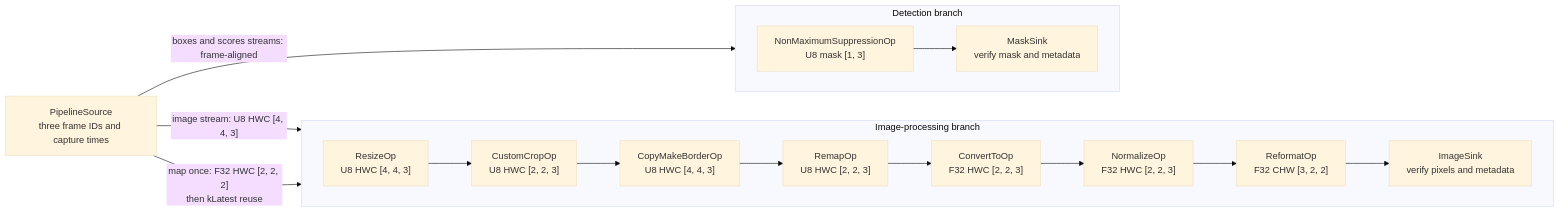
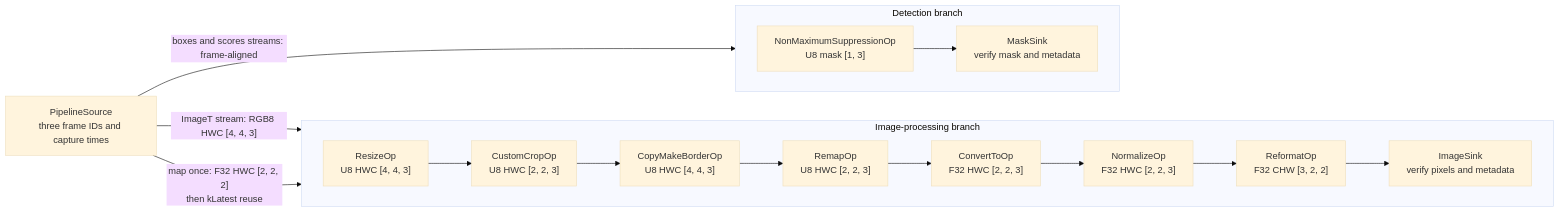
Before and after one commit to nvidia-holoscan/holoscan-sdk: the diagram in modules/vision/examples/vision_pipeline/README.md, drawn with Mermaid (base theme). The commit also changed other lines of this file and 1929 other files, not shown here.

````diff
--- a/modules/vision/examples/vision_pipeline/README.md
+++ b/modules/vision/examples/vision_pipeline/README.md
@@ -14,30 +16,30 @@
 ```mermaid
 flowchart LR
     source["PipelineSource<br/>three frame IDs and capture times"]
 
     subgraph image_branch["Image-processing branch"]
         direction LR
         resize["ResizeOp<br/>U8 HWC [4, 4, 3]"]
         crop["CustomCropOp<br/>U8 HWC [2, 2, 3]"]
         border["CopyMakeBorderOp<br/>U8 HWC [4, 4, 3]"]
         remap["RemapOp<br/>U8 HWC [2, 2, 3]"]
         convert["ConvertToOp<br/>F32 HWC [2, 2, 3]"]
         normalize["NormalizeOp<br/>F32 HWC [2, 2, 3]"]
         reformat["ReformatOp<br/>F32 CHW [3, 2, 2]"]
         image_sink["ImageSink<br/>verify pixels and metadata"]
 
         resize --> crop --> border --> remap --> convert --> normalize --> reformat --> image_sink
     end
 
     subgraph detection_branch["Detection branch"]
         direction LR
         nms["NonMaximumSuppressionOp<br/>U8 mask [1, 3]"]
         mask_sink["MaskSink<br/>verify mask and metadata"]
 
         nms --> mask_sink
     end
 
-    source -- "image stream: U8 HWC [4, 4, 3]" --> resize
+    source -- "ImageT stream: RGB8 HWC [4, 4, 3]" --> resize
     source -- "map once: F32 HWC [2, 2, 2]<br/>then kLatest reuse" --> remap
     source -- "boxes and scores streams: frame-aligned" --> nms
 ```
````
